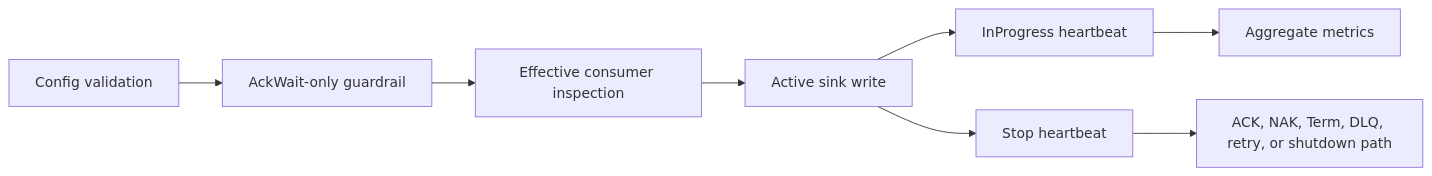
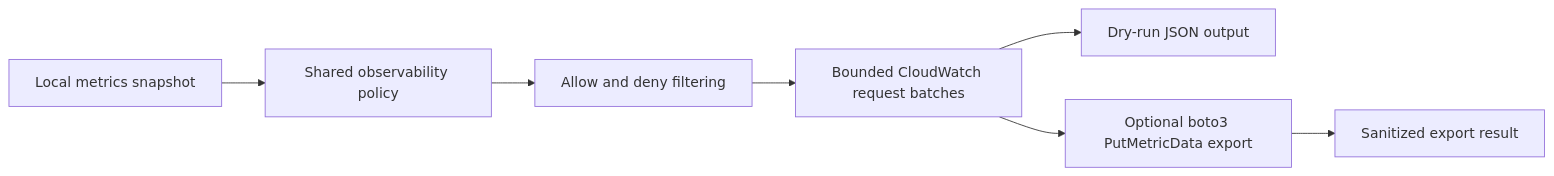
One commit to ProjectCuillin/nats-sinks changed the diagram in docs/test-report.md. Above: the diagram before and after it, drawn with Mermaid. The commit also changed other lines of this file and 28 other files, not shown here.

Commit message:
Add CloudWatch observability connector

````diff
--- a/docs/test-report.md
+++ b/docs/test-report.md
@@ -33,10 +34,9 @@
 ```mermaid
 flowchart LR
-    Config[Config validation] --> Guardrail[AckWait-only guardrail]
-    Guardrail --> Inspect[Effective consumer inspection]
-    Inspect --> Write[Active sink write]
-    Write --> Heartbeat[InProgress heartbeat]
-    Heartbeat --> Metrics[Aggregate metrics]
-    Write --> Stop[Stop heartbeat]
-    Stop --> Final[ACK, NAK, Term, DLQ, retry, or shutdown path]
+    Snapshot[Local metrics snapshot] --> Policy[Shared observability policy]
+    Policy --> Filter[Allow and deny filtering]
+    Filter --> Batch[Bounded CloudWatch request batches]
+    Batch --> DryRun[Dry-run JSON output]
+    Batch --> Export[Optional boto3 PutMetricData export]
+    Export --> Result[Sanitized export result]
 ```
````
